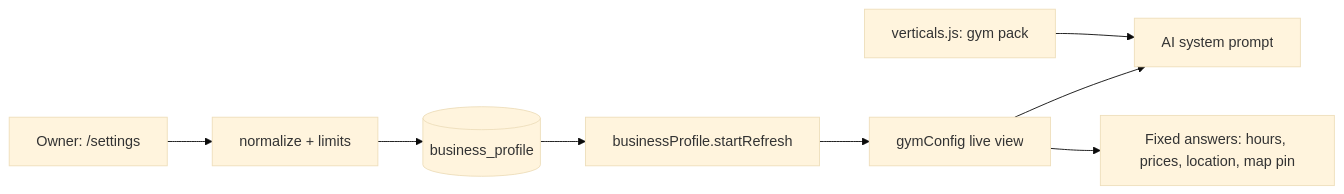
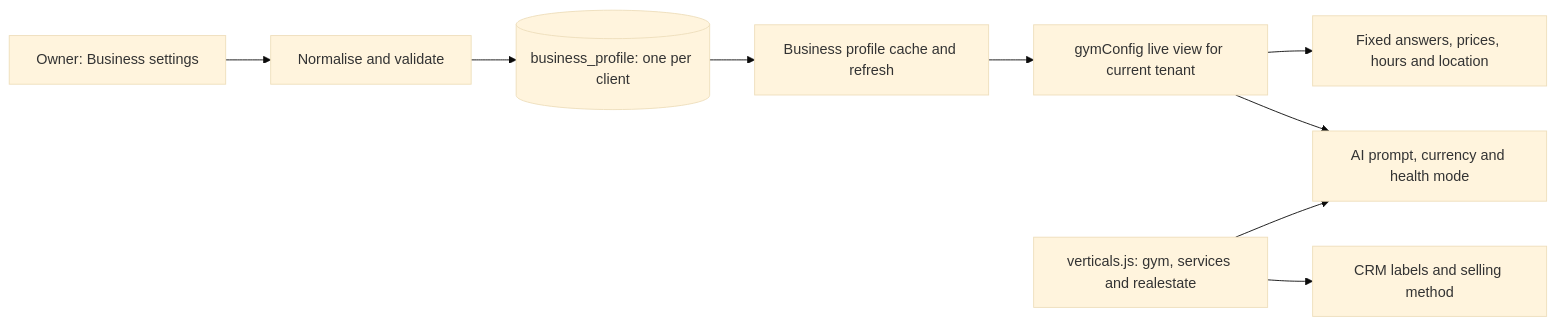
Before and after one commit to kaamilstudiesig/GKF-WA: diagram 12 of 15 in docs/SYSTEM_MAP.md, drawn with Mermaid (base theme). The commit also changed other lines of this file, not shown here.

First line of the commit message:
docs: refresh the system map to the code on 17 Nov (drafted by Codex, checked)

````diff
--- a/docs/SYSTEM_MAP.md
+++ b/docs/SYSTEM_MAP.md
@@ -260,10 +380,11 @@
 ```mermaid
 flowchart LR
-  OW["Owner: /settings"] --> V["normalize + limits"]
-  V --> DB[("business_profile")]
-  DB --> RF["businessProfile.startRefresh"]
-  RF --> GC["gymConfig live view"]
-  GC --> SP["AI system prompt"]
-  GC --> FA["Fixed answers: hours, prices, location, map pin"]
-  VE["verticals.js: gym pack"] --> SP
+  OWNER["Owner: Business settings"] --> NORMAL["Normalise and validate"]
+  NORMAL --> DB[("business_profile: one per client")]
+  DB --> CACHE["Business profile cache and refresh"]
+  CACHE --> CONFIG["gymConfig live view for current tenant"]
+  CONFIG --> FIXED["Fixed answers, prices, hours and location"]
+  CONFIG --> PROMPT["AI prompt, currency and health mode"]
+  PACK["verticals.js: gym, services and realestate"] --> PROMPT
+  PACK --> LABEL["CRM labels and selling method"]
 ```
````
